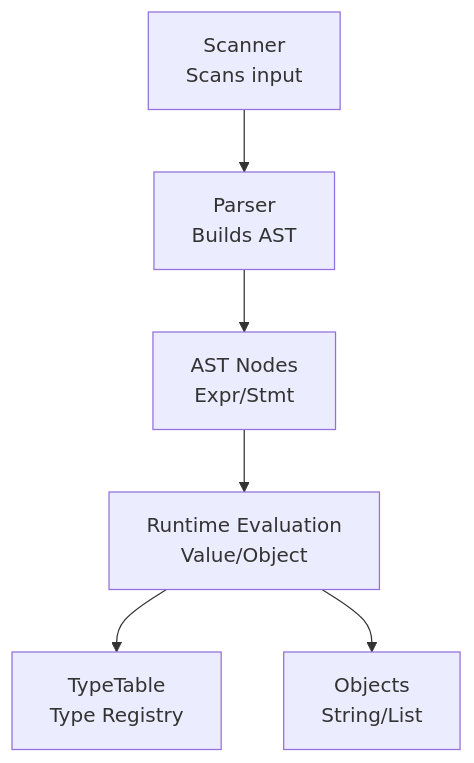
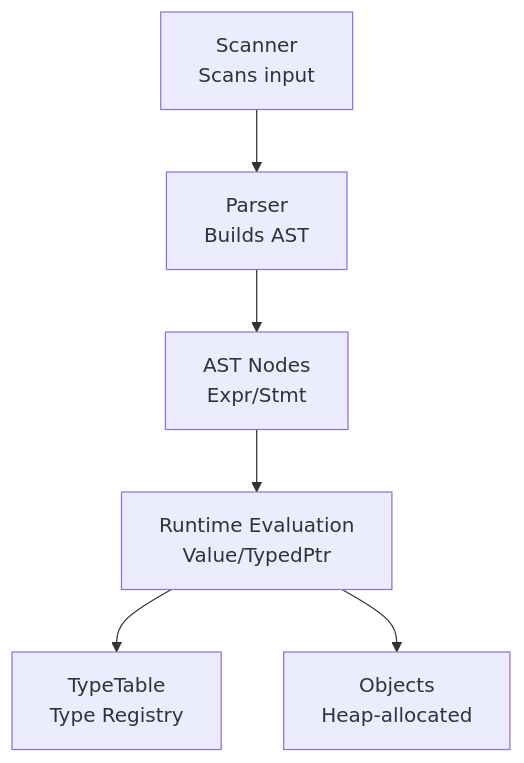
One commit to littlebirds/modern_bision changed the second of 6 diagrams in .qoder/repowiki/en/content/Runtime System.md. Above: the diagram before and after it, drawn with Mermaid. The commit also changed other lines of this file and 3 other files, not shown here.

````diff
--- a/.qoder/repowiki/en/content/Runtime System.md
+++ b/.qoder/repowiki/en/content/Runtime System.md
@@ -109,8 +118,8 @@
 ```mermaid
 graph TB
 Scanner["Scanner<br/>Scans input"] --> Parser["Parser<br/>Builds AST"]
 Parser --> AST["AST Nodes<br/>Expr/Stmt"]
-AST --> Runtime["Runtime Evaluation<br/>Value/Object"]
+AST --> Runtime["Runtime Evaluation<br/>Value/TypedPtr"]
 Runtime --> TypeSystem["TypeTable<br/>Type Registry"]
-Runtime --> Objects["Objects<br/>String/List"]
+Runtime --> Objects["Objects<br/>Heap-allocated"]
 ```
````
